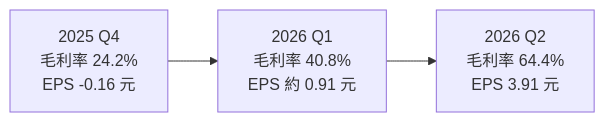
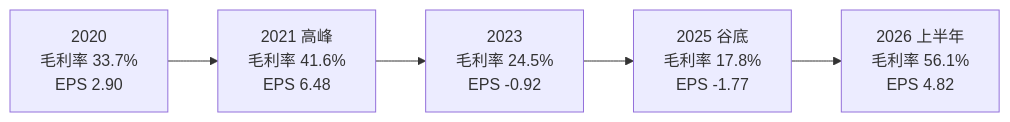
Before and after one commit to wangnick1004/taiwan-stock-vault: the third of 4 diagrams in 個股/台股/2337旺宏.md, drawn with Mermaid. The commit also changed other lines of this file and 10 other files, not shown here.

````diff
--- a/個股/台股/2337旺宏.md
+++ b/個股/台股/2337旺宏.md
@@ -145,4 +145,4 @@
 ```mermaid
 flowchart LR
-    Q4["2025 Q4<br/>毛利率 24.2%<br/>EPS -0.16 元"] --> Q1["2026 Q1<br/>毛利率 40.8%<br/>EPS 約 0.91 元"] --> Q2["2026 Q2<br/>毛利率 64.4%<br/>EPS 3.91 元"]
+    Y20["2020<br/>毛利率 33.7%<br/>EPS 2.90"] --> Y21["2021 高峰<br/>毛利率 41.6%<br/>EPS 6.48"] --> Y23["2023<br/>毛利率 24.5%<br/>EPS -0.92"] --> Y25["2025 谷底<br/>毛利率 17.8%<br/>EPS -1.77"] --> H26["2026 上半年<br/>毛利率 56.1%<br/>EPS 4.82"]
 ```
````
